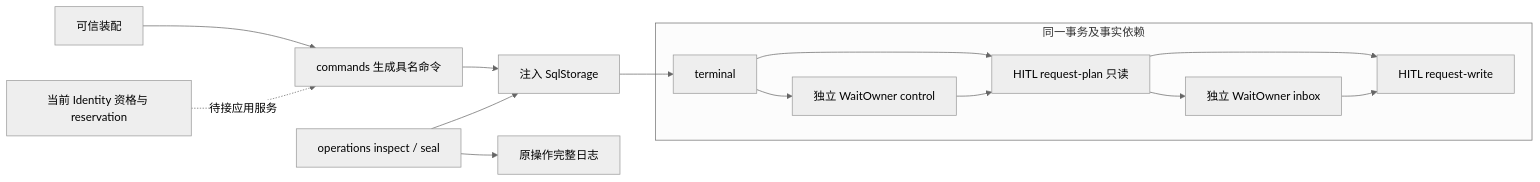
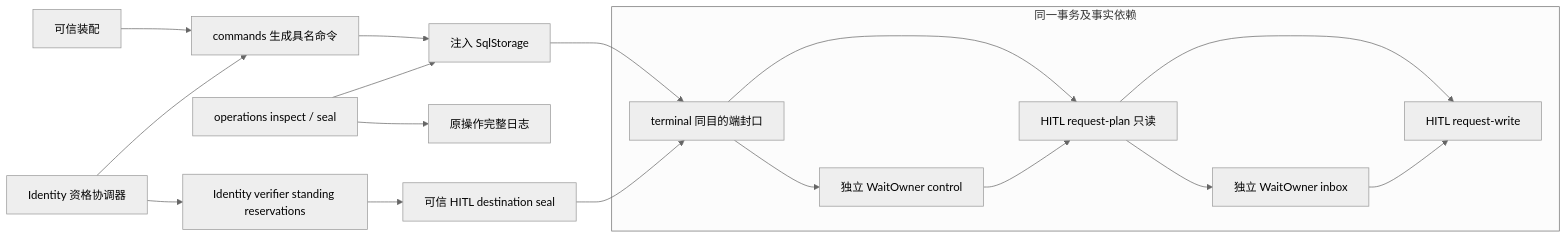
Before and after one commit to nemori-ai/omne-harness-lite: the diagram in packages/human-intervention/human-intervention-local/docs/architecture.md, drawn with Mermaid (neutral theme). The commit also changed other lines of this file and 18 other files, not shown here.

````diff
--- a/packages/human-intervention/human-intervention-local/docs/architecture.md
+++ b/packages/human-intervention/human-intervention-local/docs/architecture.md
@@ -7,17 +7,20 @@
 ```mermaid
 flowchart LR
   A[可信装配] --> C[commands 生成具名命令]
   C --> SQL[注入 SqlStorage]
   subgraph TX[同一事务及事实依赖]
     T[terminal] --> W[独立 WaitOwner control]
     T --> P[HITL request-plan 只读]
     W --> P
     P --> I[独立 WaitOwner inbox]
     P --> R[HITL request-write]
     I --> R
   end
   SQL --> T
   O[operations inspect / seal] --> SQL
   O --> Q[原操作完整日志]
-  G[当前 Identity 资格与 reservation] -. 待接应用服务 .-> C
+  G[Identity 资格协调器] --> C
+  G --> ID[Identity verifier standing reservations]
+  ID --> SEAL[可信 HITL destination seal]
+  SEAL --> T[terminal 同目的端封口]
 ```
````
